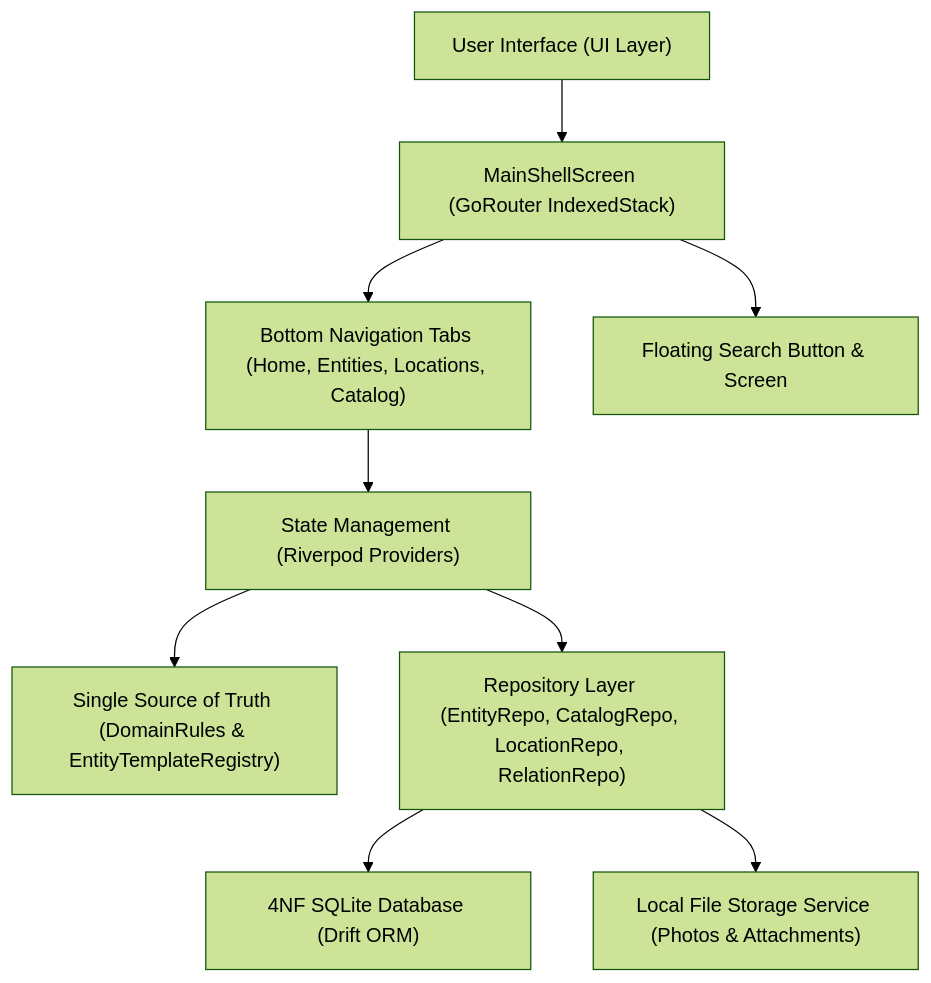
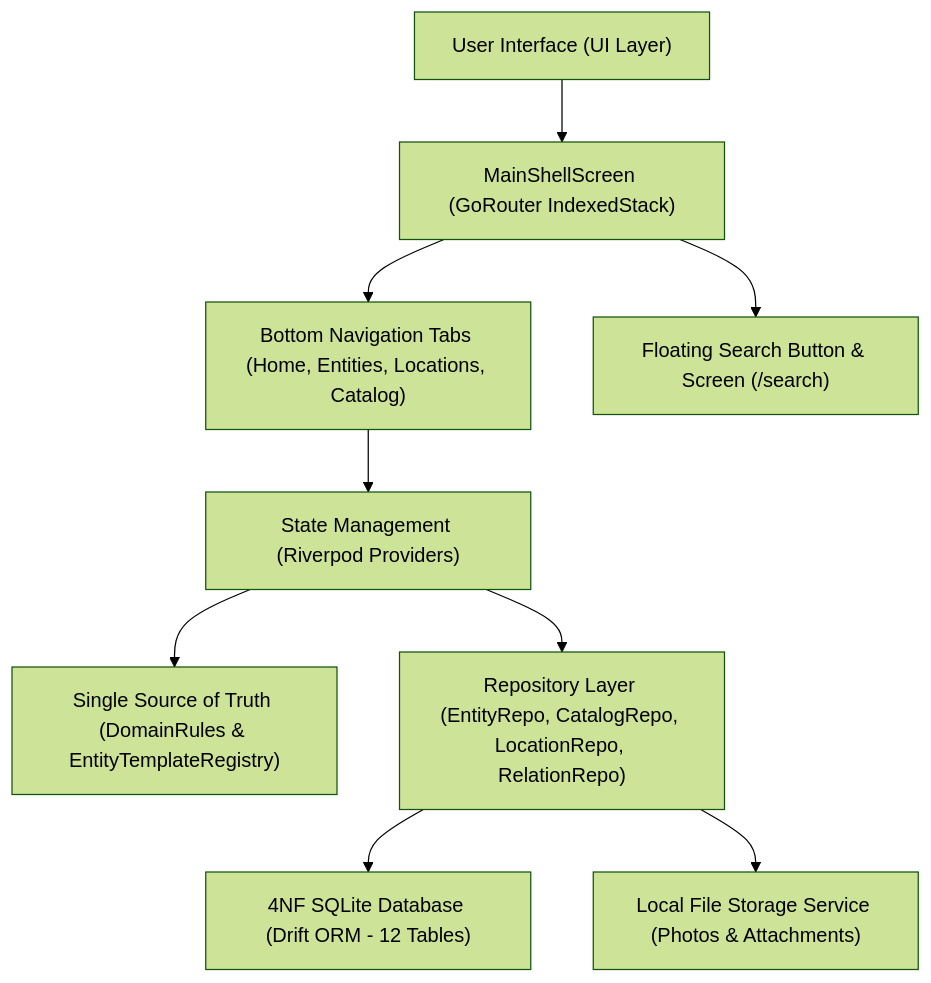
Before and after one commit to HakkinDavid/PWMS: the diagram in docs/README.md, drawn with Mermaid (forest theme). The commit also changed other lines of this file and 10 other files, not shown here.

````diff
--- a/docs/README.md
+++ b/docs/README.md
@@ -26,13 +28,13 @@
 ```mermaid
 graph TD
     User["User Interface (UI Layer)"] --> Shell["MainShellScreen (GoRouter IndexedStack)"]
     Shell --> Tabs["Bottom Navigation Tabs (Home, Entities, Locations, Catalog)"]
-    Shell --> FloatingSearch["Floating Search Button & Screen"]
+    Shell --> FloatingSearch["Floating Search Button & Screen (/search)"]
     
     Tabs --> StateManager["State Management (Riverpod Providers)"]
     StateManager --> CoreDomain["Single Source of Truth (DomainRules & EntityTemplateRegistry)"]
     StateManager --> Infrastructure["Repository Layer (EntityRepo, CatalogRepo, LocationRepo, RelationRepo)"]
     
-    Infrastructure --> Database["4NF SQLite Database (Drift ORM)"]
+    Infrastructure --> Database["4NF SQLite Database (Drift ORM - 12 Tables)"]
     Infrastructure --> Storage["Local File Storage Service (Photos & Attachments)"]
 ```
````
